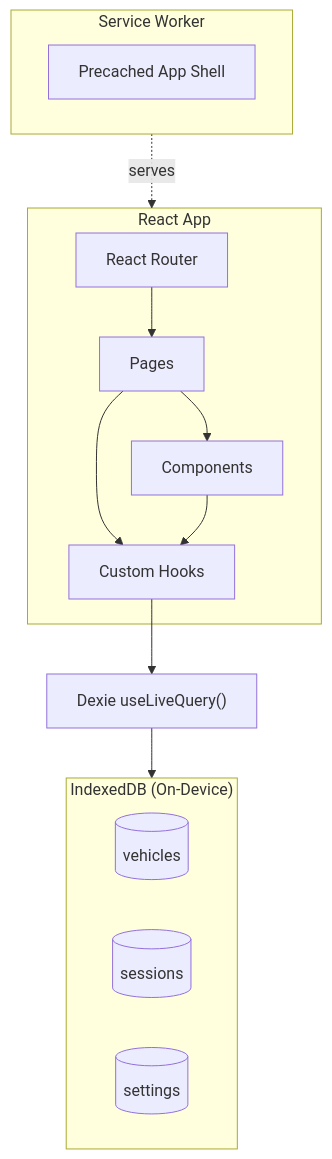
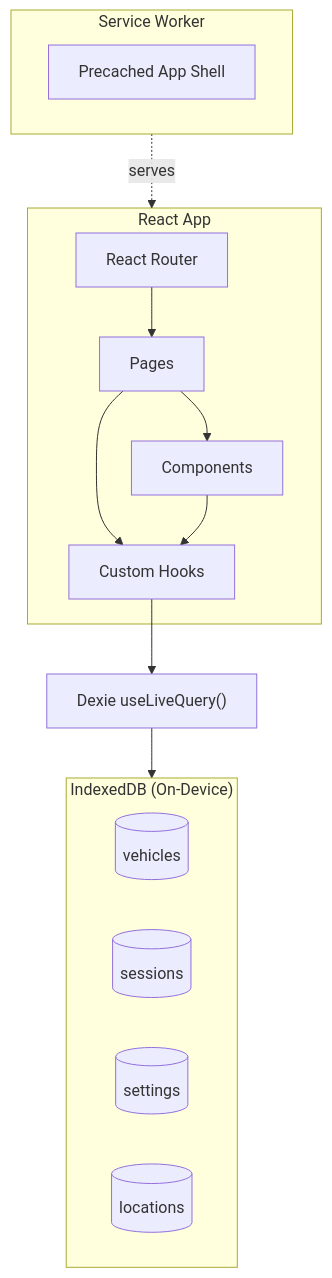
Before and after one commit to vanister/ev_charge_tracker: the third of 3 diagrams in docs/technical-design.md, drawn with Mermaid. The commit also changed other lines of this file and 6 other files, not shown here.

````diff
--- a/docs/technical-design.md
+++ b/docs/technical-design.md
@@ -286,29 +311,30 @@
 ```mermaid
 graph TB
     subgraph ReactApp["React App"]
         Router["React Router"]
         Pages["Pages"]
         Components["Components"]
         Hooks["Custom Hooks"]
     end
     
     Router --> Pages
     Pages --> Components
     Pages --> Hooks
     Components --> Hooks
     
     Hooks --> DexieHooks["Dexie useLiveQuery()"]
     DexieHooks --> IndexedDB
     
     subgraph IndexedDB["IndexedDB (On-Device)"]
         Vehicles[("vehicles")]
         Sessions[("sessions")]
         Settings[("settings")]
+        Locations[("locations")]
     end
     
     subgraph ServiceWorker["Service Worker"]
         Cache["Precached App Shell"]
     end
     
     ServiceWorker -.->|serves| ReactApp
 ```
````
